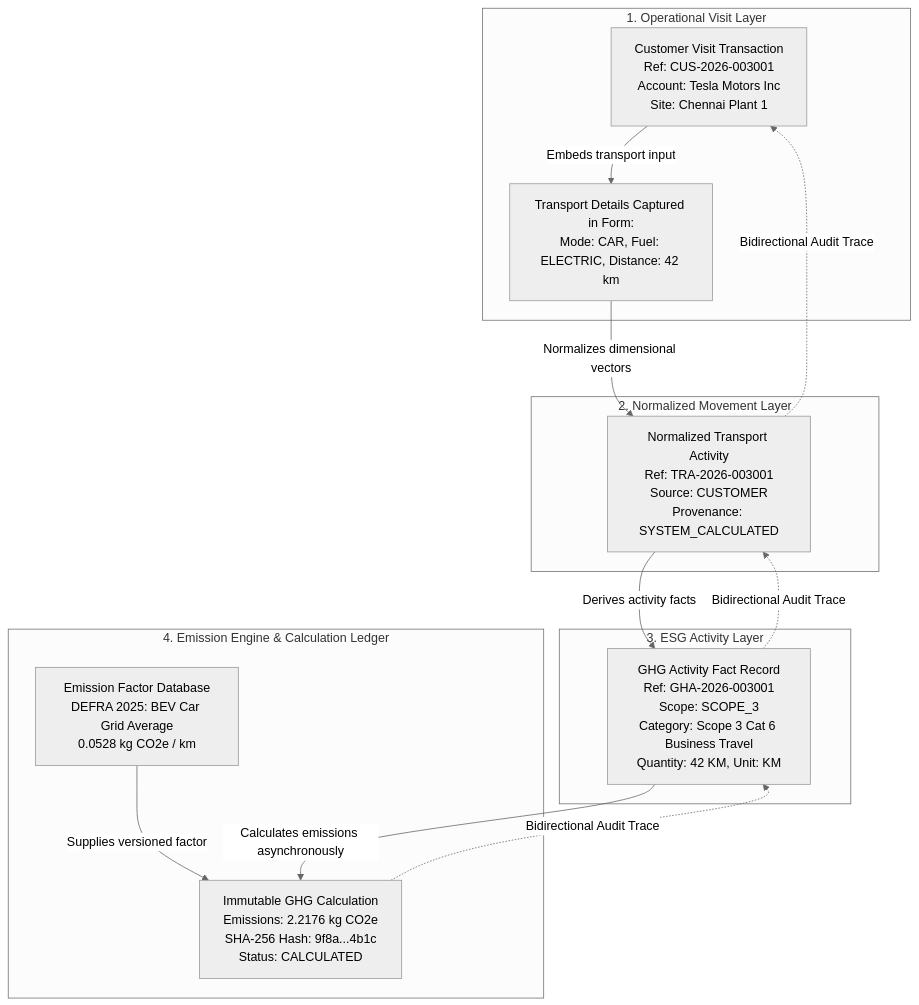
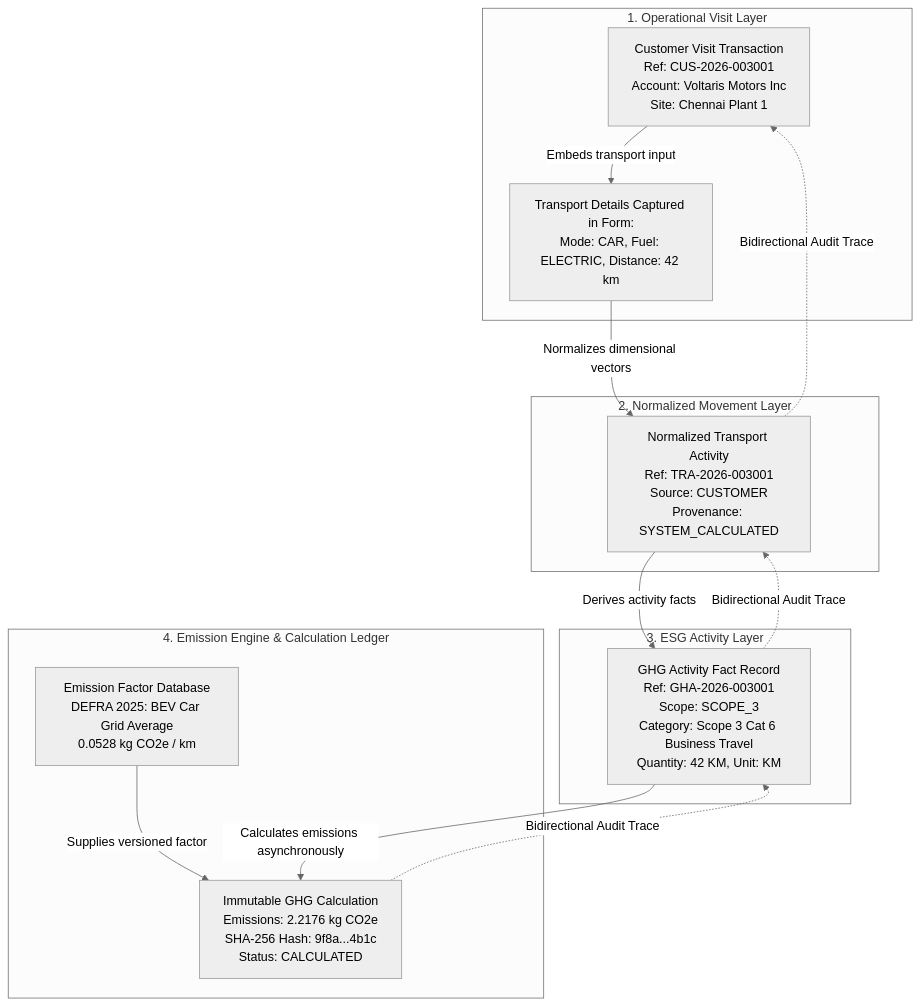
One commit to aravindjk03/vms-enterprise changed the diagram in docs/customer/11_embedded_esg_capture.md. Above: the diagram before and after it, drawn with Mermaid (neutral theme). The commit also changed 22 other files, not shown here.

````diff
--- a/docs/customer/11_embedded_esg_capture.md
+++ b/docs/customer/11_embedded_esg_capture.md
@@ -15,30 +15,30 @@
 ```mermaid
 flowchart TD
     subgraph "1. Operational Visit Layer"
-        CV[Customer Visit Transaction<br/>Ref: CUS-2026-003001<br/>Account: Tesla Motors Inc<br/>Site: Chennai Plant 1]
+        CV[Customer Visit Transaction<br/>Ref: CUS-2026-003001<br/>Account: Voltaris Motors Inc<br/>Site: Chennai Plant 1]
         TR[Transport Details Captured in Form:<br/>Mode: CAR, Fuel: ELECTRIC, Distance: 42 km]
     end
 
     subgraph "2. Normalized Movement Layer"
         TA[Normalized Transport Activity<br/>Ref: TRA-2026-003001<br/>Source: CUSTOMER<br/>Provenance: SYSTEM_CALCULATED]
     end
 
     subgraph "3. ESG Activity Layer"
         GA[GHG Activity Fact Record<br/>Ref: GHA-2026-003001<br/>Scope: SCOPE_3<br/>Category: Scope 3 Cat 6 Business Travel<br/>Quantity: 42 KM, Unit: KM]
     end
 
     subgraph "4. Emission Engine & Calculation Ledger"
         EF[Emission Factor Database<br/>DEFRA 2025: BEV Car Grid Average<br/>0.0528 kg CO2e / km]
         GC[Immutable GHG Calculation<br/>Emissions: 2.2176 kg CO2e<br/>SHA-256 Hash: 9f8a...4b1c<br/>Status: CALCULATED]
     end
 
     CV -->|Embeds transport input| TR
     TR -->|Normalizes dimensional vectors| TA
     TA -->|Derives activity facts| GA
     GA -->|Calculates emissions asynchronously| GC
     EF -->|Supplies versioned factor| GC
 
     GC -.->|Bidirectional Audit Trace| GA
     GA -.->|Bidirectional Audit Trace| TA
     TA -.->|Bidirectional Audit Trace| CV
 ```
````
